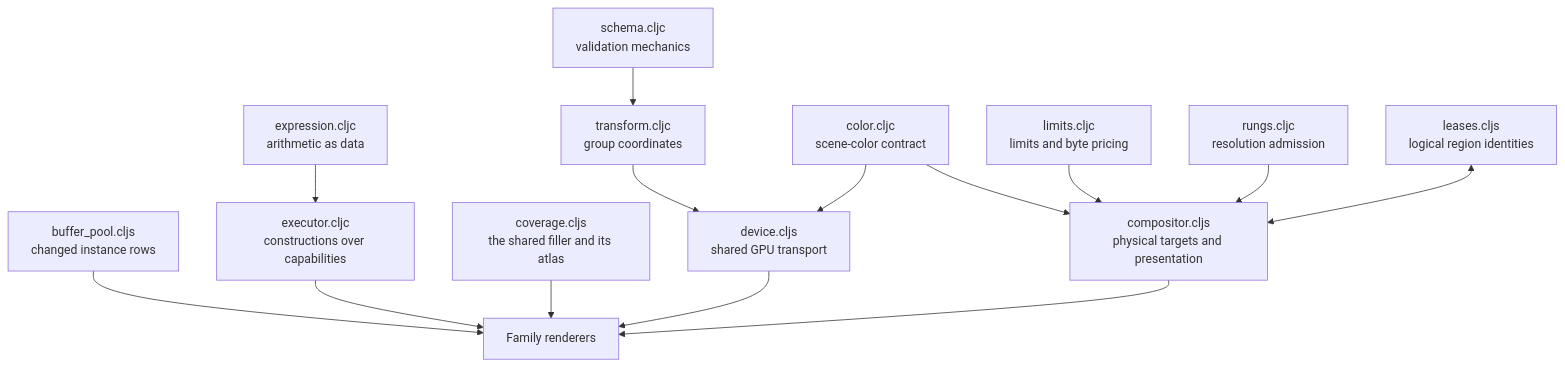
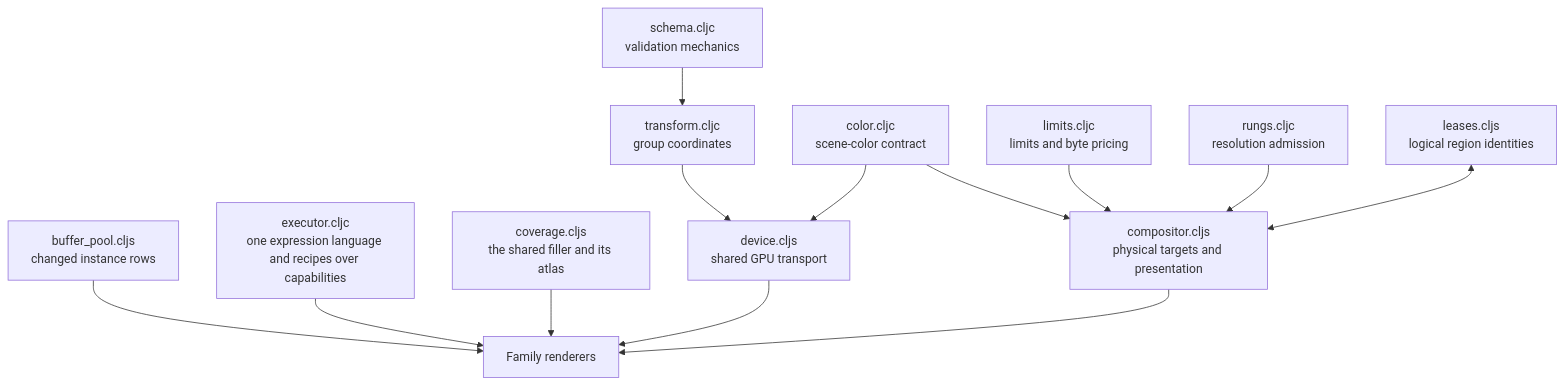
Before and after one commit to sid597/Softland: the diagram in src/app/client/engine/README.md, drawn with Mermaid. The commit also changed other lines of this file and 32 other files, not shown here.

````diff
--- a/src/app/client/engine/README.md
+++ b/src/app/client/engine/README.md
@@ -7,16 +7,16 @@
 ```mermaid
 flowchart TD
     S["schema.cljc<br/>validation mechanics"] --> T["transform.cljc<br/>group coordinates"]
     T --> D["device.cljs<br/>shared GPU transport"]
     C["color.cljc<br/>scene-color contract"] --> D
     C --> P["compositor.cljs<br/>physical targets and presentation"]
     L["limits.cljc<br/>limits and byte pricing"] --> P
     R["rungs.cljc<br/>resolution admission"] --> P
     B["leases.cljs<br/>logical region identities"] <--> P
     U["buffer_pool.cljs<br/>changed instance rows"] --> F["Family renderers"]
-    X["expression.cljc<br/>arithmetic as data"] --> E["executor.cljc<br/>constructions over capabilities"]
+    E["executor.cljc<br/>one expression language and recipes over capabilities"]
     E --> F
     V["coverage.cljs<br/>the shared filler and its atlas"] --> F
     D --> F
     P --> F
 ```
````
